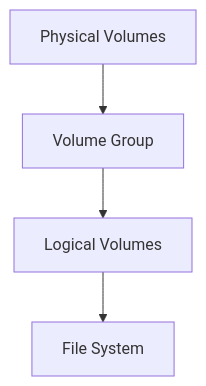
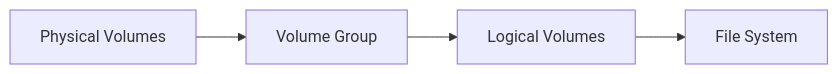
Before and after one commit to 42jerrykim/42jerrykim.github.io: the tenth of 13 diagrams in content/post/2024/2024-09-09-file-system/index.md, drawn with Mermaid. The commit also changed other lines of this file and 239 other files, not shown here.

````diff
--- a/content/post/2024/2024-09-09-file-system/index.md
+++ b/content/post/2024/2024-09-09-file-system/index.md
@@ -733,6 +818,10 @@
 ```mermaid
-graph TD;
-    A[Physical Volumes] --> B[Volume Group]
-    B --> C[Logical Volumes]
-    C --> D[File System]
+graph LR
+    physVol[Physical Volumes]
+    volGrp[Volume Group]
+    logVol[Logical Volumes]
+    fileSys[File System]
+    physVol --> volGrp
+    volGrp --> logVol
+    logVol --> fileSys
 ```
````
